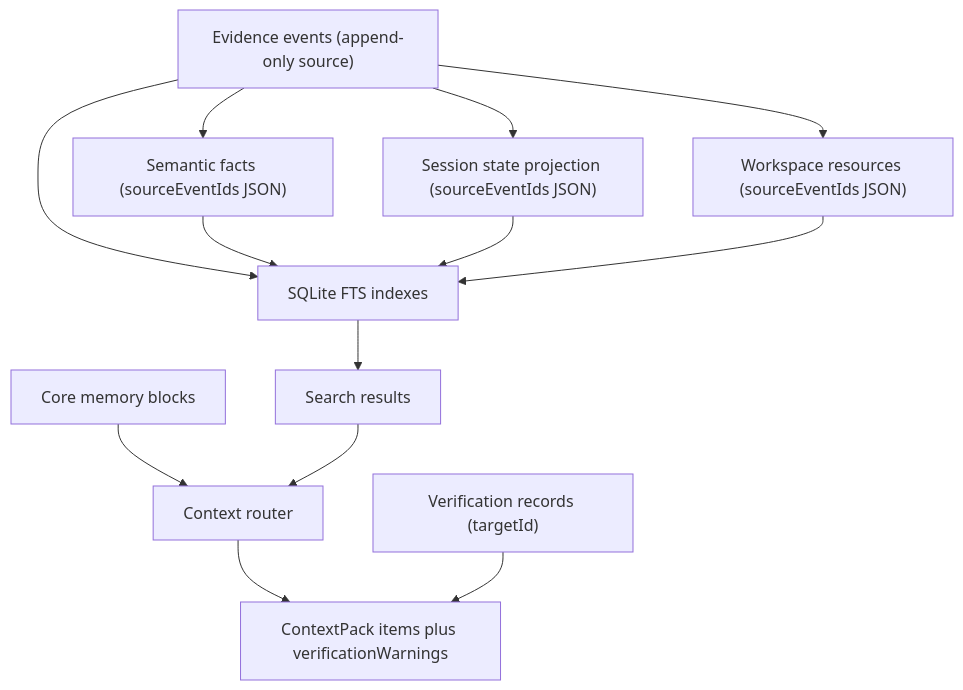
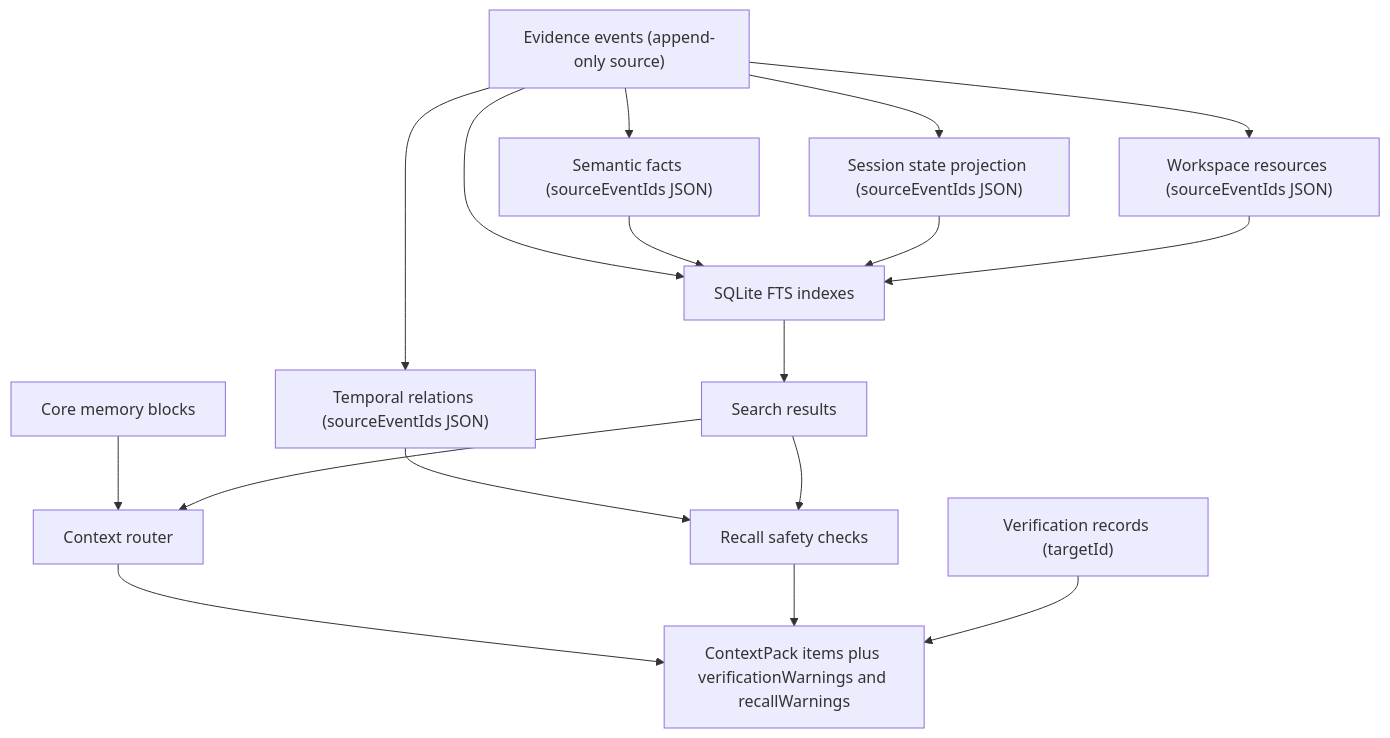
One commit to optiflow/agent-memory-os changed the diagram in apps/docs/src/content/docs/architecture/data-model.md. Above: the diagram before and after it, drawn with Mermaid. The commit also changed other lines of this file and 30 other files, not shown here.

Commit message:
Implement V2 core recall safety

````diff
--- a/apps/docs/src/content/docs/architecture/data-model.md
+++ b/apps/docs/src/content/docs/architecture/data-model.md
@@ -37,26 +39,32 @@
 ```mermaid
 flowchart TD
   Evidence["Evidence events (append-only source)"]
   Core["Core memory blocks"]
   Facts["Semantic facts (sourceEventIds JSON)"]
   Session["Session state projection (sourceEventIds JSON)"]
   Resources["Workspace resources (sourceEventIds JSON)"]
+  Relations["Temporal relations (sourceEventIds JSON)"]
   FTS["SQLite FTS indexes"]
   Search["Search results"]
+  Safety["Recall safety checks"]
   Router["Context router"]
-  Pack["ContextPack items plus verificationWarnings"]
+  Pack["ContextPack items plus verificationWarnings and recallWarnings"]
   Verify["Verification records (targetId)"]
 
   Evidence --> Facts
   Evidence --> Session
   Evidence --> Resources
+  Evidence --> Relations
   Evidence --> FTS
   Facts --> FTS
   Session --> FTS
   Resources --> FTS
   Core --> Router
   FTS --> Search
   Search --> Router
+  Relations --> Safety
+  Search --> Safety
   Router --> Pack
+  Safety --> Pack
   Verify --> Pack
 ```
````
